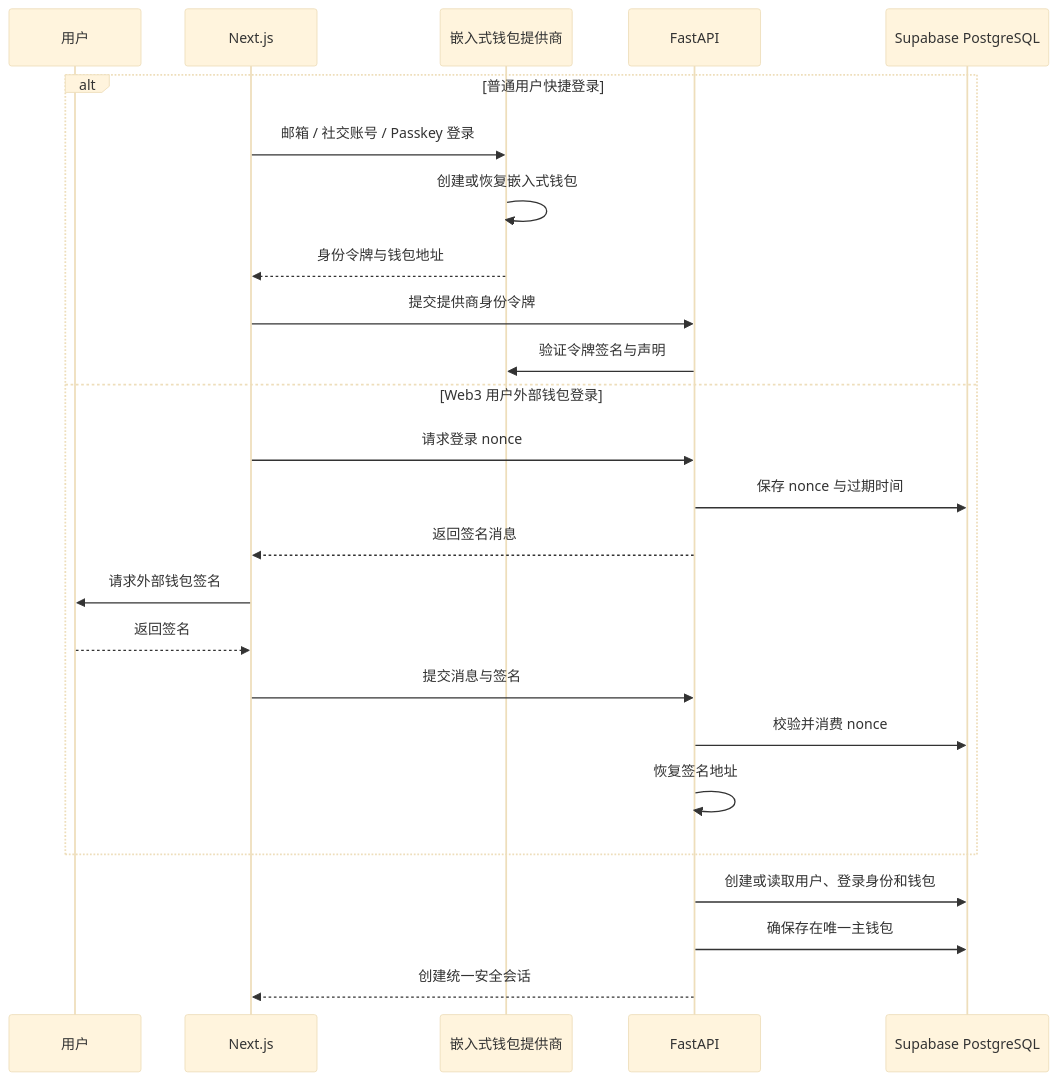
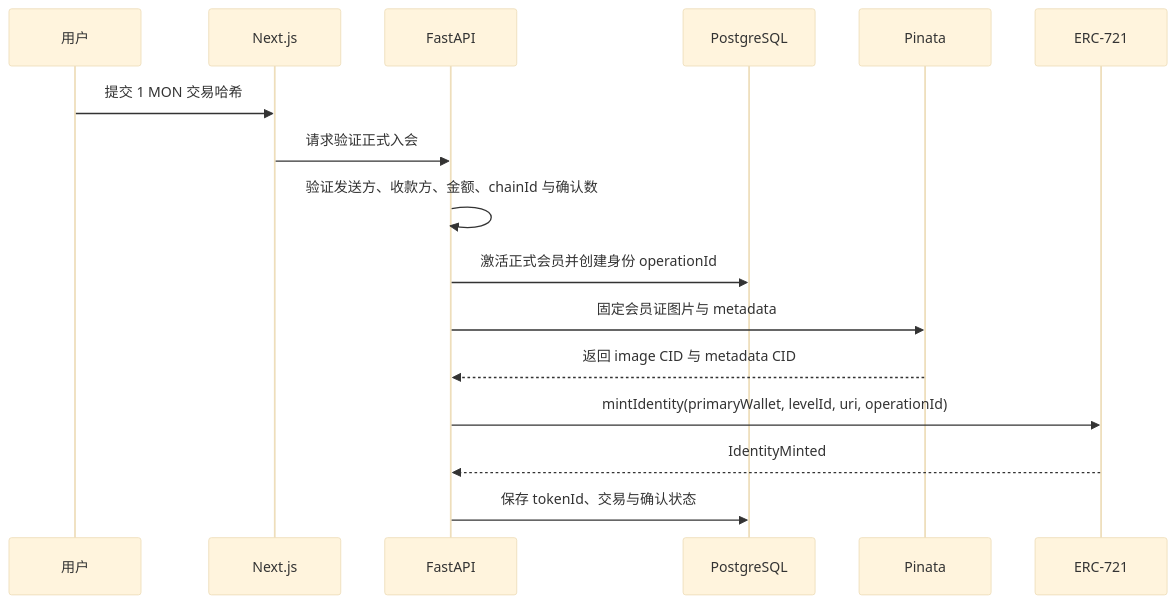
The third of 5 diagrams in docs/ARCHITECTURE.md (ouminghai/Fanora), drawn with Mermaid (base theme) before and after one commit. The commit also changed other lines of this file and 86 other files, not shown here.

````diff
--- a/docs/ARCHITECTURE.md
+++ b/docs/ARCHITECTURE.md
@@ -340,29 +319,19 @@
 ```mermaid
 sequenceDiagram
     participant U as 用户
     participant F as Next.js
-    participant P as 嵌入式钱包提供商
     participant B as FastAPI
-    participant D as Supabase PostgreSQL
+    participant D as PostgreSQL
+    participant P as Pinata
+    participant C as ERC-721
 
-    alt 普通用户快捷登录
-        F->>P: 邮箱 / 社交账号 / Passkey 登录
-        P->>P: 创建或恢复嵌入式钱包
-        P-->>F: 身份令牌与钱包地址
-        F->>B: 提交提供商身份令牌
-        B->>P: 验证令牌签名与声明
-    else Web3 用户外部钱包登录
-        F->>B: 请求登录 nonce
-        B->>D: 保存 nonce 与过期时间
-        B-->>F: 返回签名消息
-        F->>U: 请求外部钱包签名
-        U-->>F: 返回签名
-        F->>B: 提交消息与签名
-        B->>D: 校验并消费 nonce
-        B->>B: 恢复签名地址
-    end
-
-    B->>D: 创建或读取用户、登录身份和钱包
-    B->>D: 确保存在唯一主钱包
-    B-->>F: 创建统一安全会话
+    U->>F: 提交 1 MON 交易哈希
+    F->>B: 请求验证正式入会
+    B->>B: 验证发送方、收款方、金额、chainId 与确认数
+    B->>D: 激活正式会员并创建身份 operationId
+    B->>P: 固定会员证图片与 metadata
+    P-->>B: 返回 image CID 与 metadata CID
+    B->>C: mintIdentity(primaryWallet, levelId, uri, operationId)
+    C-->>B: IdentityMinted
+    B->>D: 保存 tokenId、交易与确认状态
 ```
````
